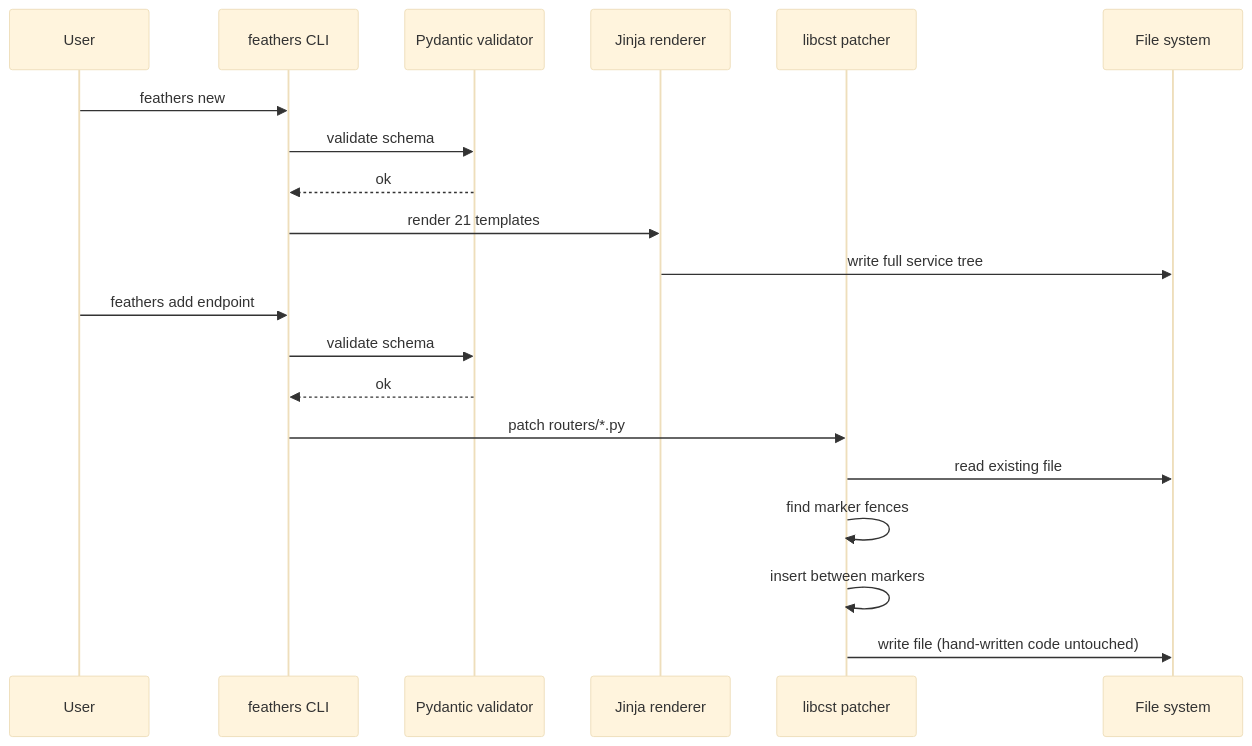
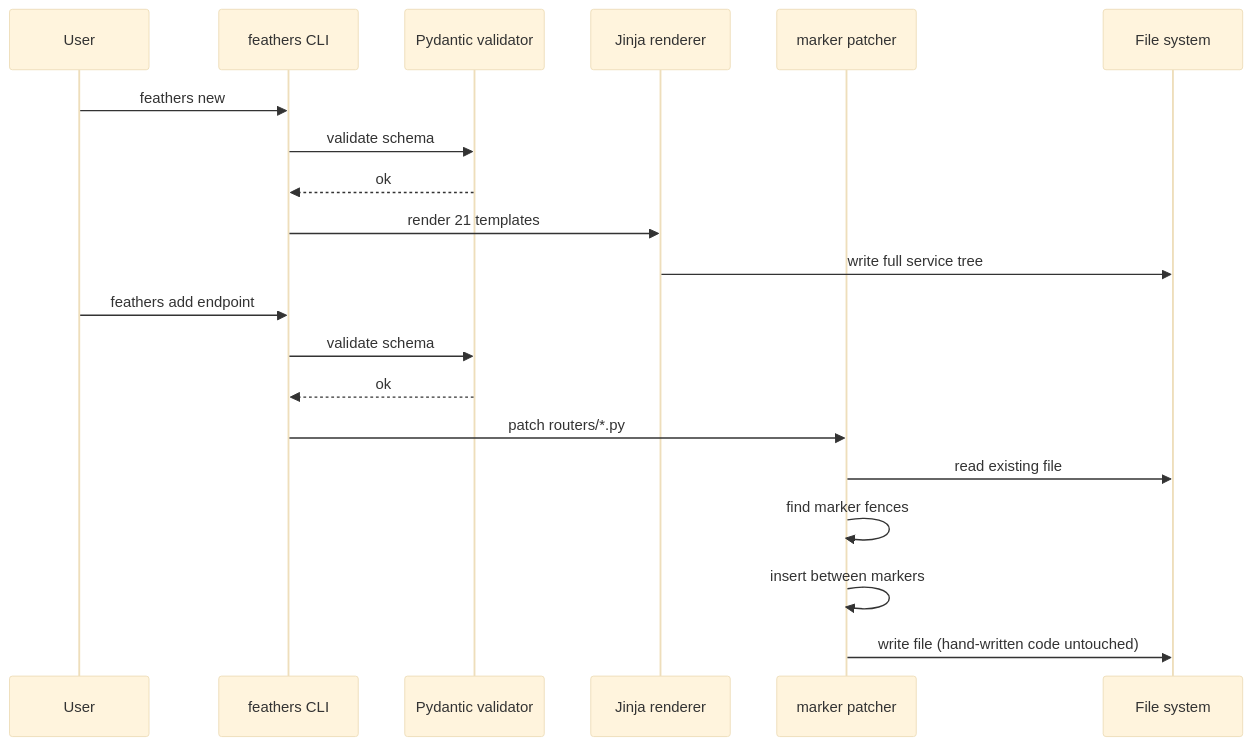
One commit to Abdul-Muizz1310/feathers changed the second of 4 diagrams in README.md. Above: the diagram before and after it, drawn with Mermaid (base theme). The commit also changed other lines of this file and 4 other files, not shown here.

First line of the commit message:
docs: describe codegen as marker splicing, not libcst AST rewriting

````diff
--- a/README.md
+++ b/README.md
@@ -75,24 +75,24 @@
 ```mermaid
 sequenceDiagram
     participant User
     participant CLI as feathers CLI
     participant Val as Pydantic validator
     participant Gen as Jinja renderer
-    participant AST as libcst patcher
+    participant AST as marker patcher
     participant FS as File system
 
     User->>CLI: feathers new
     CLI->>Val: validate schema
     Val-->>CLI: ok
     CLI->>Gen: render 21 templates
     Gen->>FS: write full service tree
 
     User->>CLI: feathers add endpoint
     CLI->>Val: validate schema
     Val-->>CLI: ok
     CLI->>AST: patch routers/*.py
     AST->>FS: read existing file
     AST->>AST: find marker fences
     AST->>AST: insert between markers
     AST->>FS: write file (hand-written code untouched)
 ```
````
